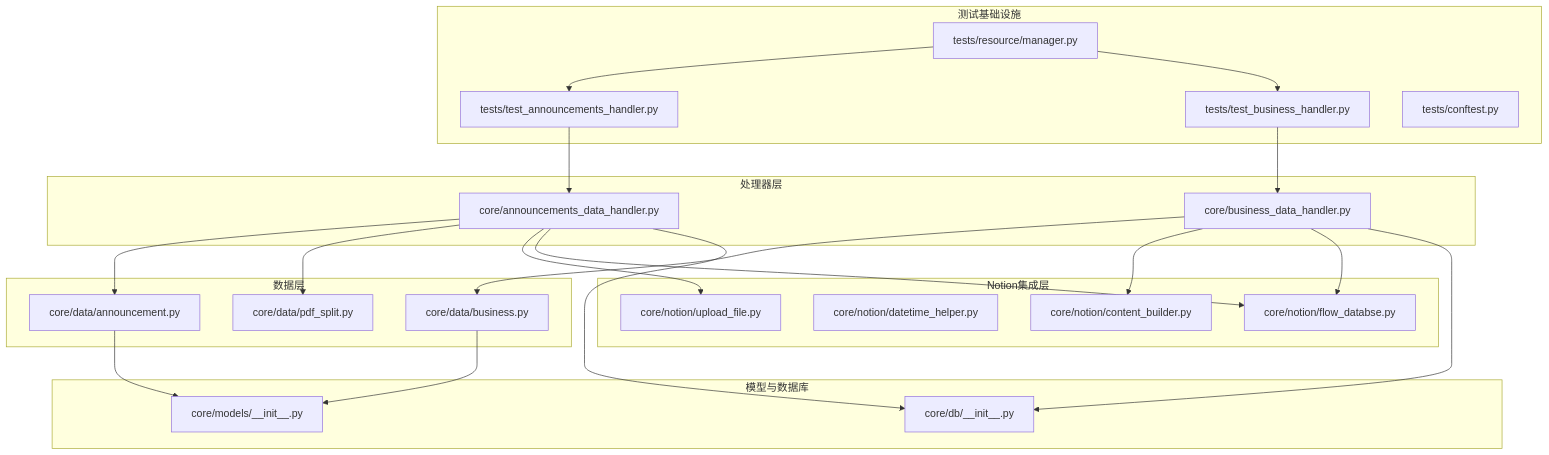
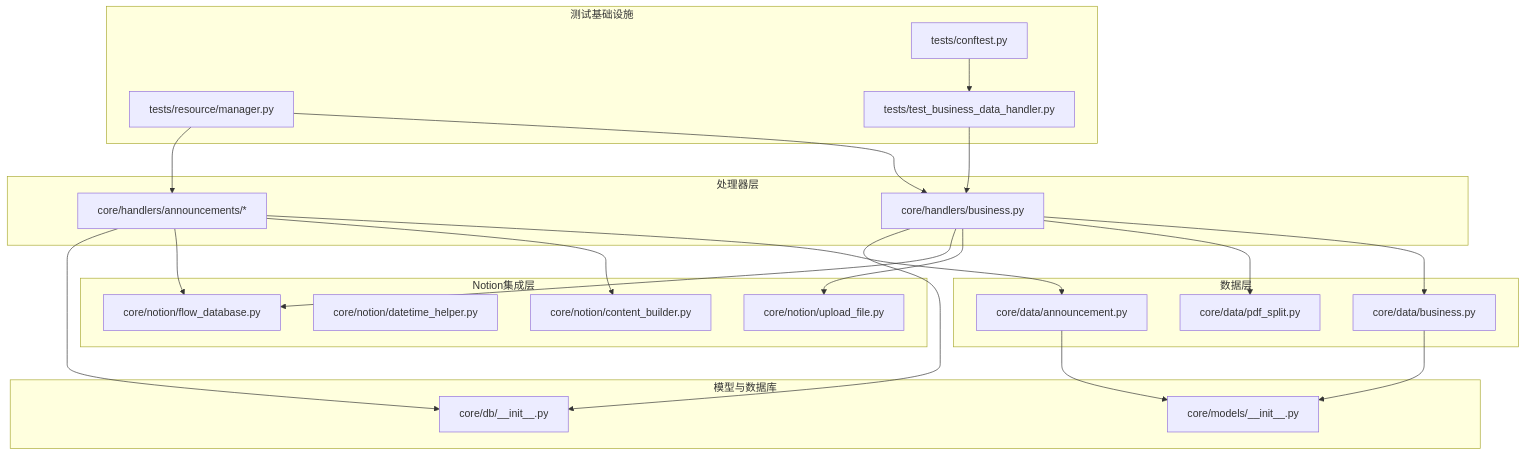
One commit to iverwong/DataLife changed the first of 5 diagrams in .qoder/repowiki/zh/content/测试策略/测试策略.md. Above: the diagram before and after it, drawn with Mermaid. The commit also changed other lines of this file and 14 other files, not shown here.

````diff
--- a/.qoder/repowiki/zh/content/测试策略/测试策略.md
+++ b/.qoder/repowiki/zh/content/测试策略/测试策略.md
@@ -53,43 +44,42 @@
 ```mermaid
 graph TB
 subgraph "数据层"
-D1["core/data/announcement.py"]
-D2["core/data/business.py"]
+D1["core/data/business.py"]
+D2["core/data/announcement.py"]
 D3["core/data/pdf_split.py"]
 end
 subgraph "Notion集成层"
 N1["core/notion/content_builder.py"]
 N2["core/notion/datetime_helper.py"]
-N3["core/notion/flow_databse.py"]
+N3["core/notion/flow_database.py"]
 N4["core/notion/upload_file.py"]
 end
 subgraph "处理器层"
-H1["core/announcements_data_handler.py"]
-H2["core/business_data_handler.py"]
+H1["core/handlers/business.py"]
+H2["core/handlers/announcements/*"]
 end
 subgraph "模型与数据库"
 M1["core/models/__init__.py"]
 DB["core/db/__init__.py"]
 end
 subgraph "测试基础设施"
-T1["tests/test_announcements_handler.py"]
-T2["tests/test_business_handler.py"]
-T3["tests/resource/manager.py"]
-T4["tests/conftest.py"]
+T1["tests/resource/manager.py"]
+T2["tests/conftest.py"]
+T3["tests/test_business_data_handler.py"]
 end
 H1 --> D1
 H1 --> D3
 H1 --> N4
 H1 --> N3
 H2 --> D2
 H2 --> N1
 H2 --> N3
 D1 --> M1
 D2 --> M1
 H1 --> DB
 H2 --> DB
 T1 --> H1
-T2 --> H2
-T3 --> T1
-T3 --> T2
+T1 --> H2
+T3 --> H1
+T2 --> T3
 ```
````
